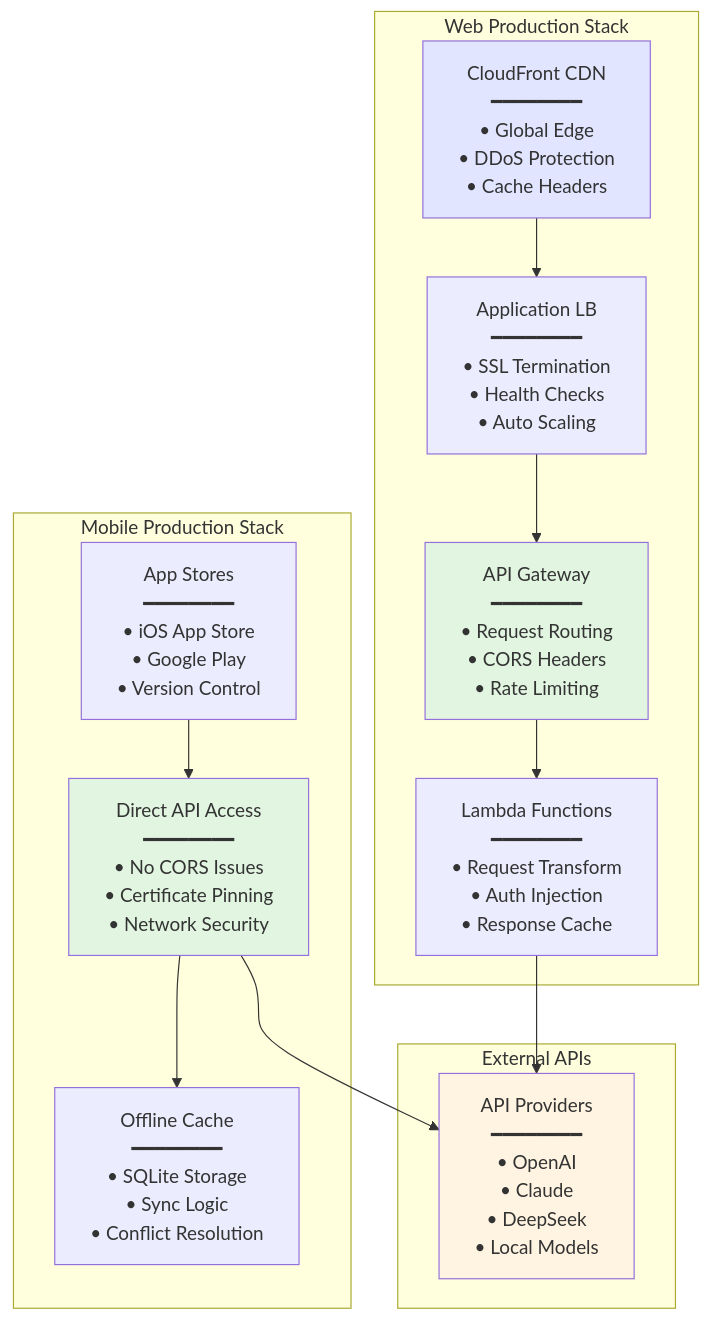
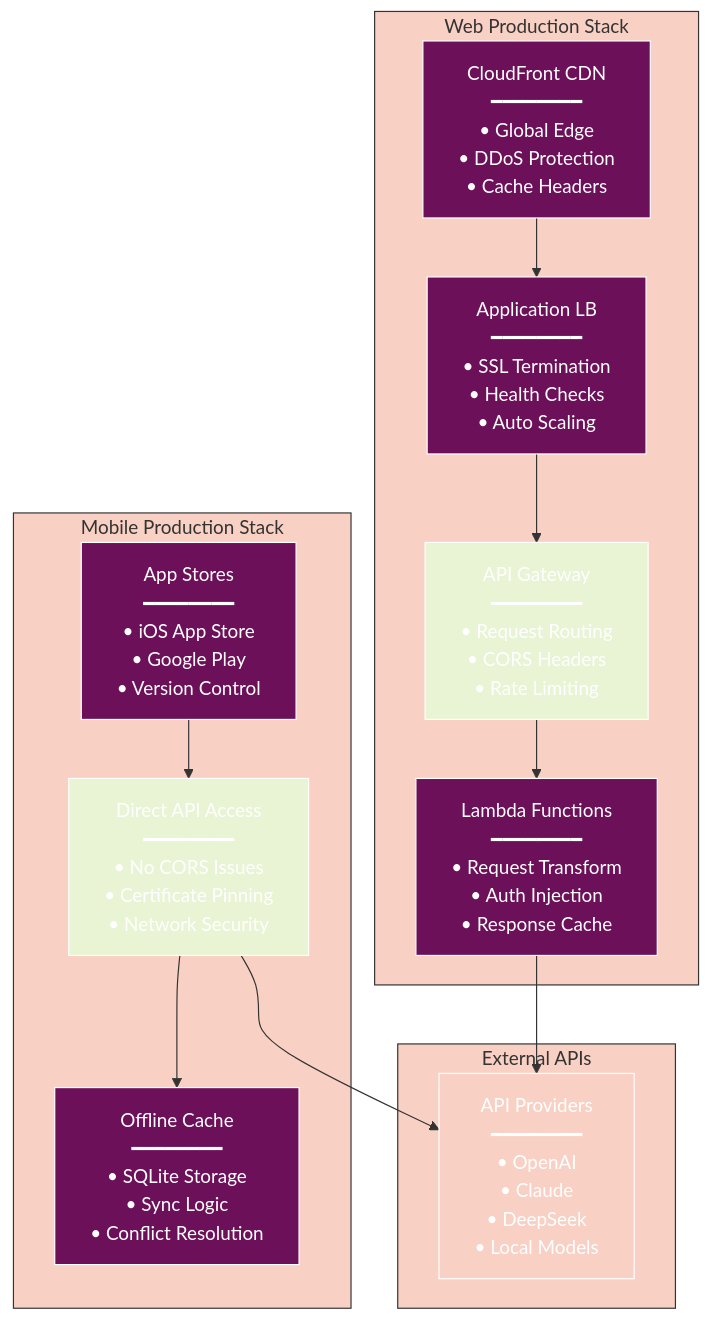
One commit to radicalkjax/Athena changed the tenth of 22 diagrams in docs/API_CORS_HANDLING.md. Above: the diagram before and after it, drawn with Mermaid. The commit also changed other lines of this file and 27 other files, not shown here.

Commit message:
Introduction of expo package manager. Updated docs to reflect changes. Unified mermaid theme for docs.

````diff
--- a/docs/API_CORS_HANDLING.md
+++ b/docs/API_CORS_HANDLING.md
@@ -575,33 +764,54 @@
 ```mermaid
+%%{init: {
+  'theme': 'base',
+  'themeVariables': {
+    'primaryColor': '#6d105a',
+    'primaryTextColor': '#ffffff',
+    'primaryBorderColor': '#ffffff',
+    'lineColor': '#333333',
+    'secondaryColor': '#e8f4d4',
+    'secondaryTextColor': '#333333',
+    'secondaryBorderColor': '#333333',
+    'tertiaryColor': '#f9d0c4',
+    'tertiaryTextColor': '#333333',
+    'tertiaryBorderColor': '#333333',
+    'background': '#ffffff',
+    'mainBkg': '#6d105a',
+    'secondBkg': '#e8f4d4',
+    'tertiaryBkg': '#f9d0c4',
+    'textColor': '#333333',
+    'fontFamily': 'Arial, sans-serif'
+  }
+}}%%
 graph TB
     subgraph "Web Production Stack"
         CloudFront[CloudFront CDN<br/>━━━━━━━━<br/>• Global Edge<br/>• DDoS Protection<br/>• Cache Headers]
         ALB[Application LB<br/>━━━━━━━━<br/>• SSL Termination<br/>• Health Checks<br/>• Auto Scaling]
         Gateway[API Gateway<br/>━━━━━━━━<br/>• Request Routing<br/>• CORS Headers<br/>• Rate Limiting]
         Lambda[Lambda Functions<br/>━━━━━━━━<br/>• Request Transform<br/>• Auth Injection<br/>• Response Cache]
     end
     
     subgraph "Mobile Production Stack"
         AppStore[App Stores<br/>━━━━━━━━<br/>• iOS App Store<br/>• Google Play<br/>• Version Control]
         DirectAPI[Direct API Access<br/>━━━━━━━━<br/>• No CORS Issues<br/>• Certificate Pinning<br/>• Network Security]
         OfflineCache[Offline Cache<br/>━━━━━━━━<br/>• SQLite Storage<br/>• Sync Logic<br/>• Conflict Resolution]
     end
     
     subgraph "External APIs"
         APIs[API Providers<br/>━━━━━━━━<br/>• OpenAI<br/>• Claude<br/>• DeepSeek<br/>• Local Models]
     end
     
     CloudFront --> ALB
     ALB --> Gateway
     Gateway --> Lambda
     Lambda --> APIs
     
     AppStore --> DirectAPI
     DirectAPI --> APIs
     DirectAPI --> OfflineCache
     
-    style CloudFront fill:#e1e5ff
-    style Gateway fill:#e1f5e1
-    style DirectAPI fill:#e1f5e1
-    style APIs fill:#fff4e1
+    style CloudFront fill:#6d105a
+    style Gateway fill:#e8f4d4
+    style DirectAPI fill:#e8f4d4
+    style APIs fill:#f9d0c4
 ```
````
